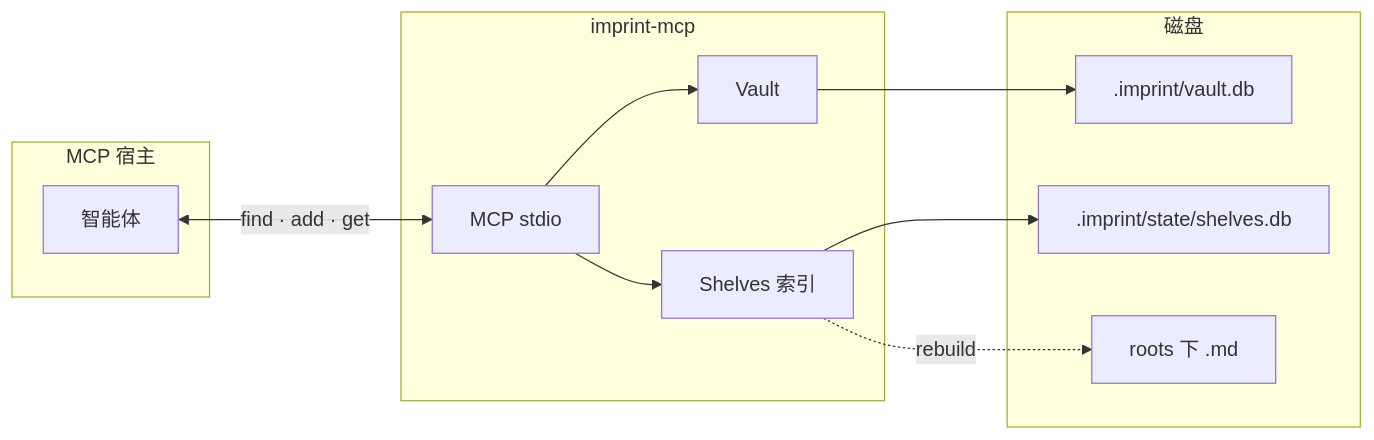
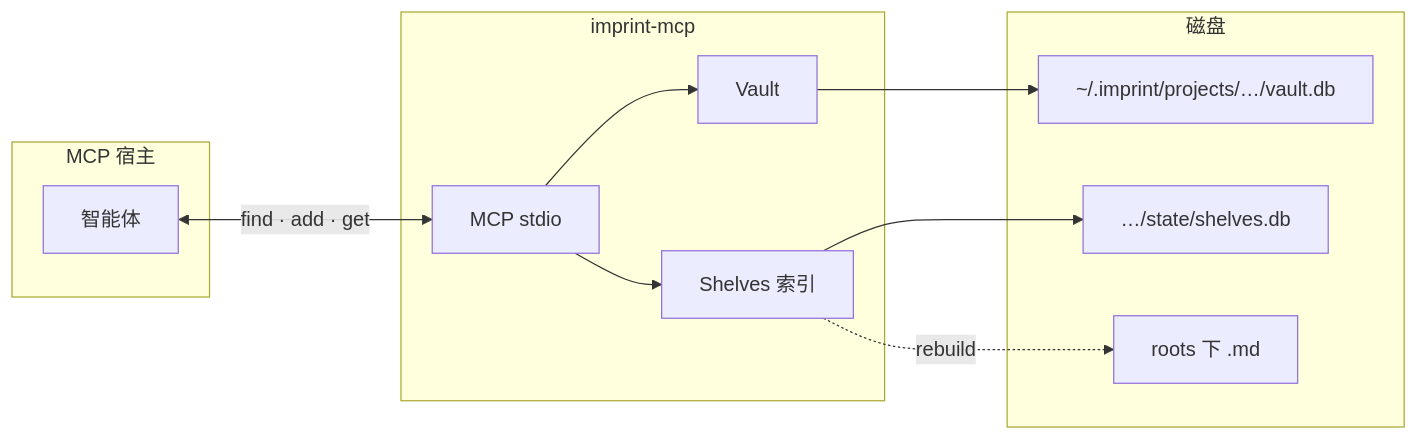
Before and after one commit to SteamedBread2333/imprint: the diagram in docs/mcp.zh.md, drawn with Mermaid. The commit also changed other lines of this file and 33 other files, not shown here.

````diff
--- a/docs/mcp.zh.md
+++ b/docs/mcp.zh.md
@@ -49,22 +49,22 @@
 ```mermaid
 flowchart LR
   subgraph host [MCP 宿主]
     Agent[智能体]
   end
   subgraph proc [imprint-mcp]
     MCP[MCP stdio]
     Vault[Vault]
     Shelves[Shelves 索引]
     MCP --> Vault
     MCP --> Shelves
   end
   subgraph disk [磁盘]
-    Memory[".imprint/vault.db"]
-    Cache[".imprint/state/shelves.db"]
+    Memory["~/.imprint/projects/…/vault.db"]
+    Cache["…/state/shelves.db"]
     Roots["roots 下 .md"]
   end
   Agent <-->|find · add · get| MCP
   Vault --> Memory
   Shelves --> Cache
   Shelves -.->|rebuild| Roots
 ```
````
